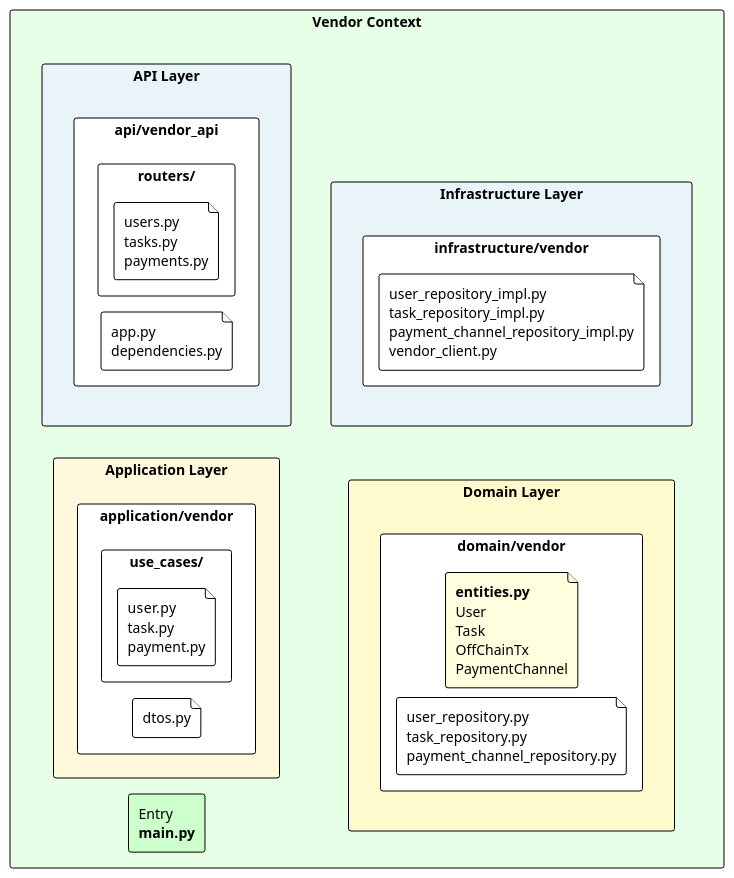
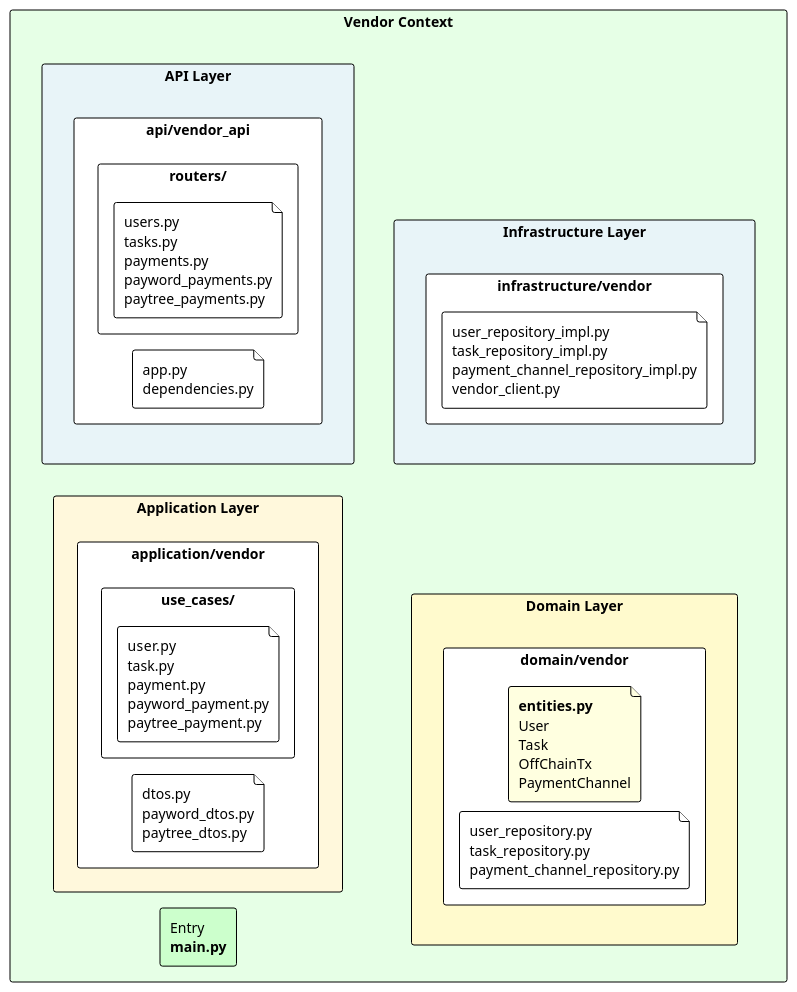
The diagram in umls/vendor.puml (otaviootavio/nanomoni), drawn with PlantUML before and after one commit. The commit also changed 73 other files, not shown here.

```diff
--- a/umls/vendor.puml
+++ b/umls/vendor.puml
@@ -1,55 +1,55 @@
 @startuml Vendor_Static_Compact
 
 !theme plain
 left to right direction
 skinparam backgroundColor white
 skinparam componentStyle rectangle
 skinparam padding 0
 skinparam BoxPadding 2
 skinparam RectanglePadding 3
 skinparam RectangleBorderThickness 1
 skinparam Shadowing false
 skinparam Nodesep 10
 skinparam Ranksep 10
 
 
 rectangle "Vendor Context" #E6FFE6 {
     rectangle "Entry\n**main.py**" as entry #CCFFCC
     
     rectangle "API Layer" as api #E8F4F8 {
         rectangle "api/vendor_api" {
             file "app.py\ndependencies.py" as api_files
             rectangle "routers/" {
-                file "users.py\ntasks.py\npayments.py"
+                file "users.py\ntasks.py\npayments.py\npayword_payments.py\npaytree_payments.py"
             }
         }
     }
     
     rectangle "Application Layer" as app #FFF8DC {
         rectangle "application/vendor" {
-            file "dtos.py"
+            file "dtos.py\npayword_dtos.py\npaytree_dtos.py"
             rectangle "use_cases/" {
-                file "user.py\ntask.py\npayment.py"
+                file "user.py\ntask.py\npayment.py\npayword_payment.py\npaytree_payment.py"
             }
         }
     }
     
     rectangle "Domain Layer" as domain #FFFACD {
         rectangle "domain/vendor" {
             file "**entities.py**\nUser \nTask\nOffChainTx\nPaymentChannel" #FFFFE0
             file "user_repository.py\ntask_repository.py\npayment_channel_repository.py"
         }
     }
     
     rectangle "Infrastructure Layer" as infra #E8F4F8 {
         rectangle "infrastructure/vendor" {
             file "user_repository_impl.py\ntask_repository_impl.py\npayment_channel_repository_impl.py\nvendor_client.py"
         }
     }
     
     ' Hidden links to force 2-row layout
     entry -[hidden]down-> domain
     api -[hidden]down-> infra
 }
 
 @enduml
```
